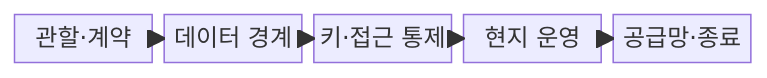
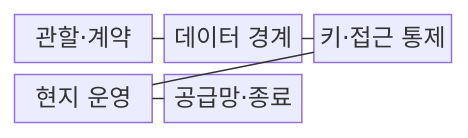
Before and after one commit to agnusdei1207/knowledge-base: the first of 2 diagrams in src/content/docs/notes/08-latest-tech/182_sovereign_cloud.md, drawn with Mermaid. The commit also changed other lines of this file and 53 other files, not shown here.

````diff
--- a/src/content/docs/notes/08-latest-tech/182_sovereign_cloud.md
+++ b/src/content/docs/notes/08-latest-tech/182_sovereign_cloud.md
@@ -50,13 +50,13 @@
 ```mermaid
 block-beta
-  columns 5
+  columns 3
   A["관할·계약"]
   B["데이터 경계"]
   C["키·접근 통제"]
   D["현지 운영"]
   E["공급망·종료"]
-  A --> B
-  B --> C
-  C --> D
-  D --> E
+  A --- B
+  B --- C
+  C --- D
+  D --- E
 ```
````
